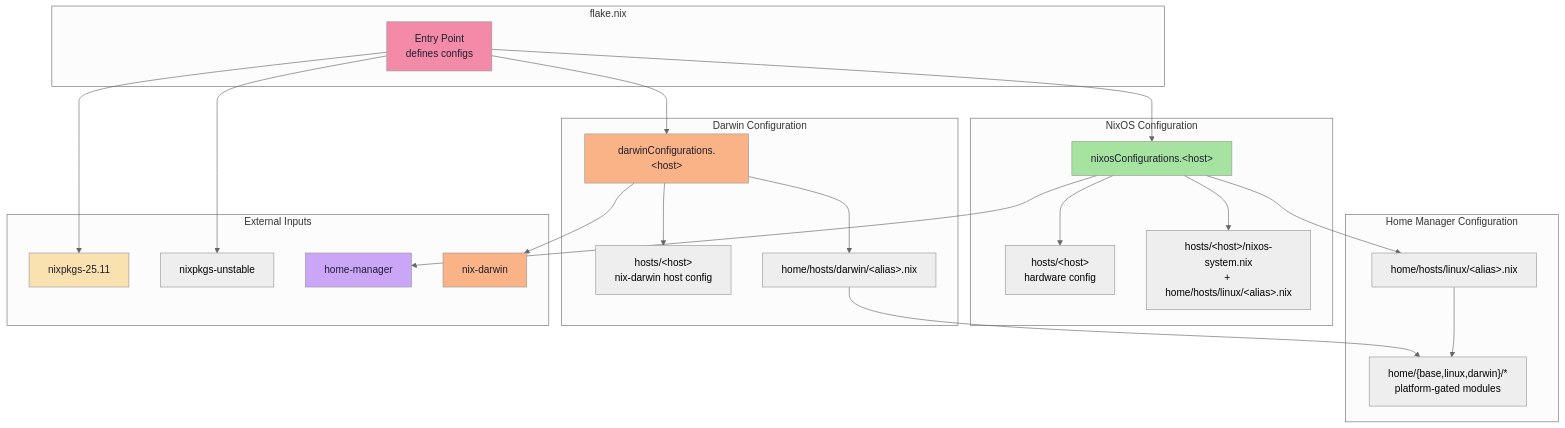
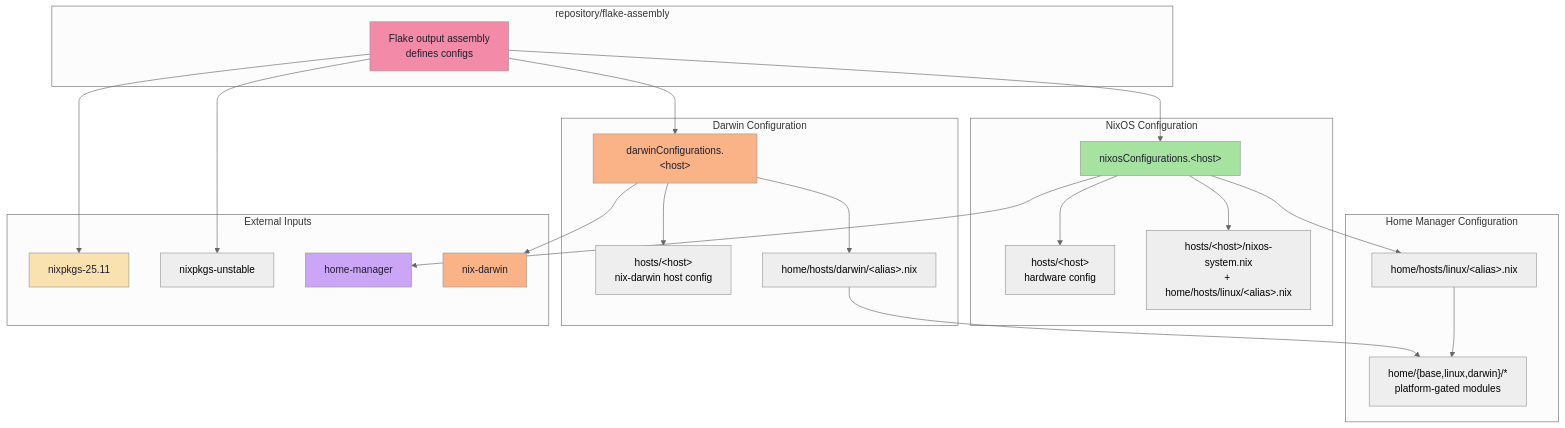
Before and after one commit to Castrozan/.dotfiles: the diagram in README.md, drawn with Mermaid (neutral theme). The commit also changed other lines of this file and 121 other files, not shown here.

````diff
--- a/README.md
+++ b/README.md
@@ -137,55 +137,55 @@
 ```mermaid
 graph TD
-    subgraph "flake.nix"
-        Flake["Entry Point<br/>defines configs"]
+    subgraph "repository/flake-assembly"
+        Flake["Flake output assembly<br/>defines configs"]
     end
 
     subgraph "NixOS Configuration"
         NixOS["nixosConfigurations.&lt;host&gt;"]
         Host["hosts/&lt;host&gt;<br/>hardware config"]
         UserNixOS["hosts/&lt;host&gt;/nixos-system.nix<br/>+ home/hosts/linux/&lt;alias&gt;.nix"]
     end
 
     subgraph "Darwin Configuration"
         Darwin["darwinConfigurations.&lt;host&gt;"]
         DarwinHost["hosts/&lt;host&gt;<br/>nix-darwin host config"]
         DarwinHome["home/hosts/darwin/&lt;alias&gt;.nix"]
     end
 
     subgraph "Home Manager Configuration"
         UserHome["home/hosts/linux/&lt;alias&gt;.nix"]
         Modules["home/{base,linux,darwin}/*<br/>platform-gated modules"]
     end
 
     subgraph "External Inputs"
         Nixpkgs["nixpkgs-25.11"]
         Unstable["nixpkgs-unstable"]
         HM["home-manager"]
         ND["nix-darwin"]
     end
 
     Flake --> NixOS
     Flake --> Darwin
 
     NixOS --> Host
     NixOS --> UserNixOS
     NixOS --> HM
 
     Darwin --> DarwinHost
     Darwin --> DarwinHome
     Darwin --> ND
 
     NixOS --> UserHome
     UserHome --> Modules
     DarwinHome --> Modules
     
     Flake --> Nixpkgs
     Flake --> Unstable
 
     style Flake fill:#f38ba8,color:#1e1e2e
     style NixOS fill:#a6e3a1,color:#1e1e2e
     style Darwin fill:#fab387,color:#1e1e2e
     style Nixpkgs fill:#f9e2af,color:#1e1e2e
     style HM fill:#cba6f7,color:#1e1e2e
     style ND fill:#fab387,color:#1e1e2e
 ```
````
